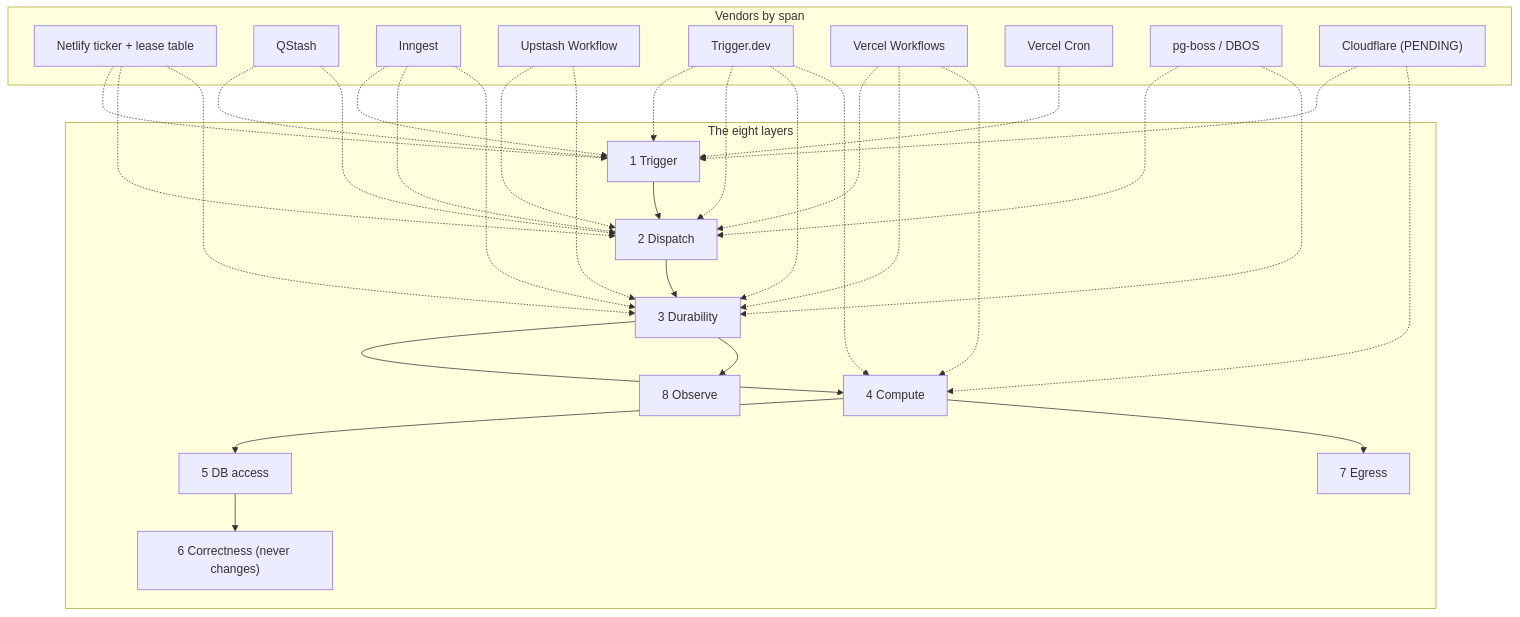
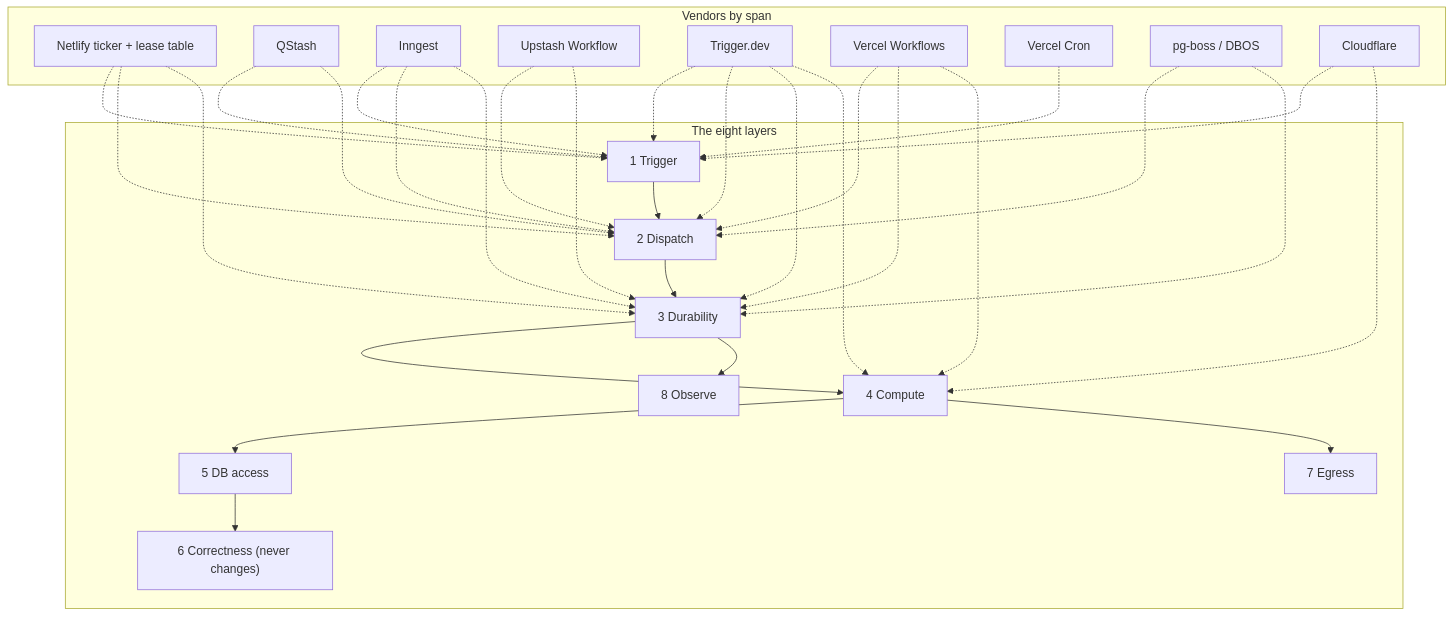
Before and after one commit to Practitionist/familiarise_web: the first of 2 diagrams in docs/maintenance/15-job-runtime-layer-matrix.md, drawn with Mermaid. The commit also changed other lines of this file and 10 other files, not shown here.

Commit message:
docs: add the Cloudflare Workers, Queues, Cron and Workflows results, diagrams and product-map column

````diff
--- a/docs/maintenance/15-job-runtime-layer-matrix.md
+++ b/docs/maintenance/15-job-runtime-layer-matrix.md
@@ -66,42 +66,42 @@
 ```mermaid
 flowchart TB
   subgraph LAYERS["The eight layers"]
     L1["1 Trigger"] --> L2["2 Dispatch"] --> L3["3 Durability"] --> L4["4 Compute"] --> L5["5 DB access"]
     L5 --> L6["6 Correctness (never changes)"]
     L4 --> L7["7 Egress"]
     L3 --> L8["8 Observe"]
   end
   subgraph VENDORS["Vendors by span"]
     NT["Netlify ticker + lease table"]
     QS["QStash"]
     IG["Inngest"]
     UW["Upstash Workflow"]
     TD["Trigger.dev"]
     VW["Vercel Workflows"]
     VC["Vercel Cron"]
     PB["pg-boss / DBOS"]
-    CF["Cloudflare (PENDING)"]
+    CF["Cloudflare"]
   end
   NT -.-> L1
   NT -.-> L2
   NT -.-> L3
   QS -.-> L1
   QS -.-> L2
   IG -.-> L1
   IG -.-> L2
   IG -.-> L3
   UW -.-> L2
   UW -.-> L3
   TD -.-> L1
   TD -.-> L2
   TD -.-> L3
   TD -.-> L4
   VW -.-> L2
   VW -.-> L3
   VW -.-> L4
   VC -.-> L1
   PB -.-> L2
   PB -.-> L3
   CF -.-> L1
   CF -.-> L4
 ```
````
